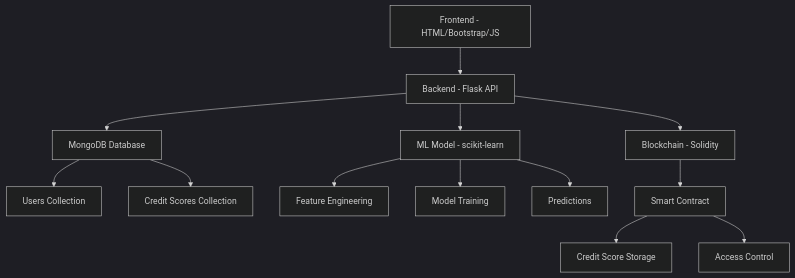
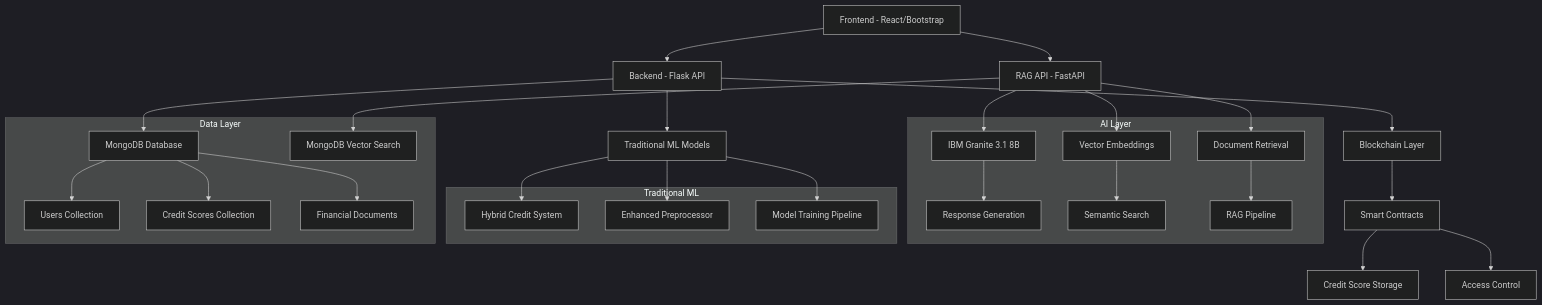
One commit to Theroid00/nexacred changed the first of 2 diagrams in README.md. Above: the diagram before and after it, drawn with Mermaid (dark theme). The commit also changed other lines of this file, not shown here.

````diff
--- a/README.md
+++ b/README.md
@@ -270,18 +480,53 @@
 ```mermaid
 graph TB
-    A[Frontend - HTML/Bootstrap/JS] --> B[Backend - Flask API]
+    A[Frontend - React/Bootstrap] --> B[Backend - Flask API]
+    A --> R[RAG API - FastAPI]
+    
     B --> C[MongoDB Database]
-    B --> D[ML Model - scikit-learn]
-    B --> E[Blockchain - Solidity]
+    B --> D[Traditional ML Models]
+    B --> E[Blockchain Layer]
     
-    C --> F[Users Collection]
-    C --> G[Credit Scores Collection]
+    R --> F[IBM Granite 3.1 8B]
+    R --> G[Vector Embeddings]
+    R --> H[Document Retrieval]
+    R --> I[MongoDB Vector Search]
     
-    D --> H[Feature Engineering]
-    D --> I[Model Training]
-    D --> J[Predictions]
+    C --> J[Users Collection]
+    C --> K[Credit Scores Collection]
+    C --> L[Financial Documents]
     
-    E --> K[Smart Contract]
-    K --> L[Credit Score Storage]
-    K --> M[Access Control]
+    D --> M[Hybrid Credit System]
+    D --> N[Enhanced Preprocessor]
+    D --> O[Model Training Pipeline]
+    
+    E --> P[Smart Contracts]
+    P --> Q[Credit Score Storage]
+    P --> S[Access Control]
+    
+    F --> T[Response Generation]
+    G --> U[Semantic Search]
+    H --> V[RAG Pipeline]
+    
+    subgraph "AI Layer"
+        F
+        G
+        H
+        T
+        U
+        V
+    end
+    
+    subgraph "Traditional ML"
+        M
+        N
+        O
+    end
+    
+    subgraph "Data Layer"
+        C
+        J
+        K
+        L
+        I
+    end
 ```
````
